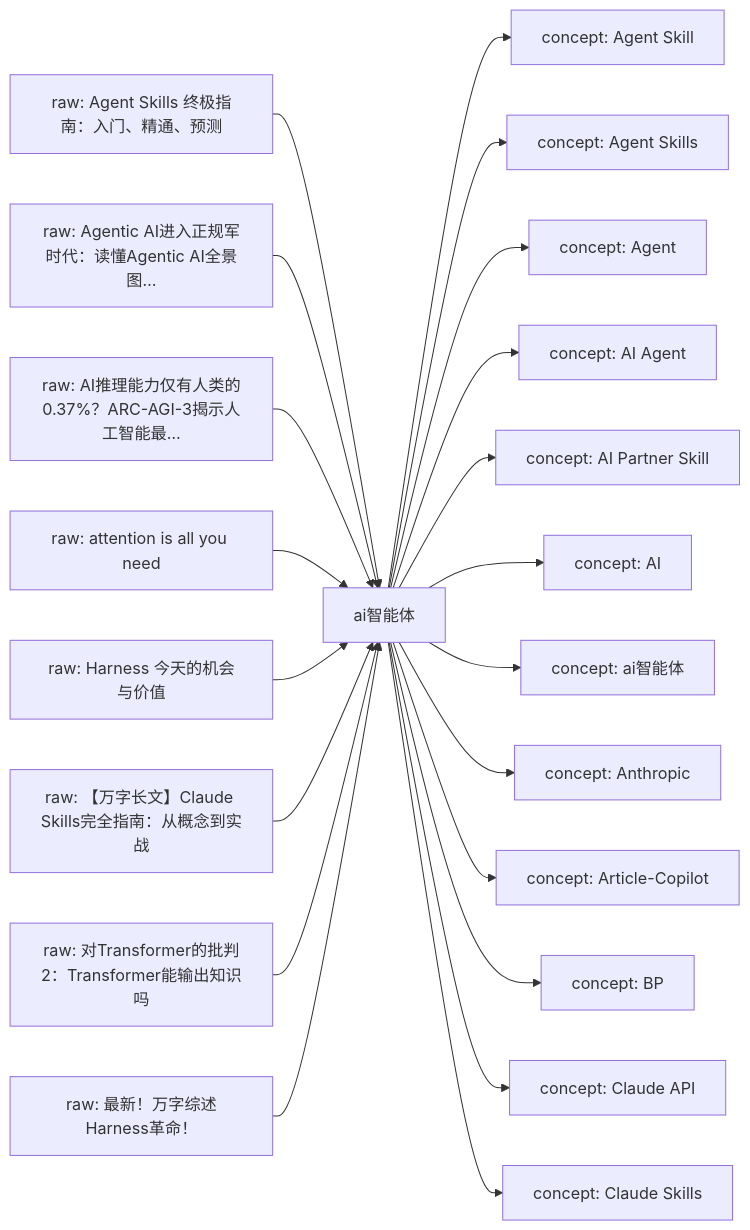
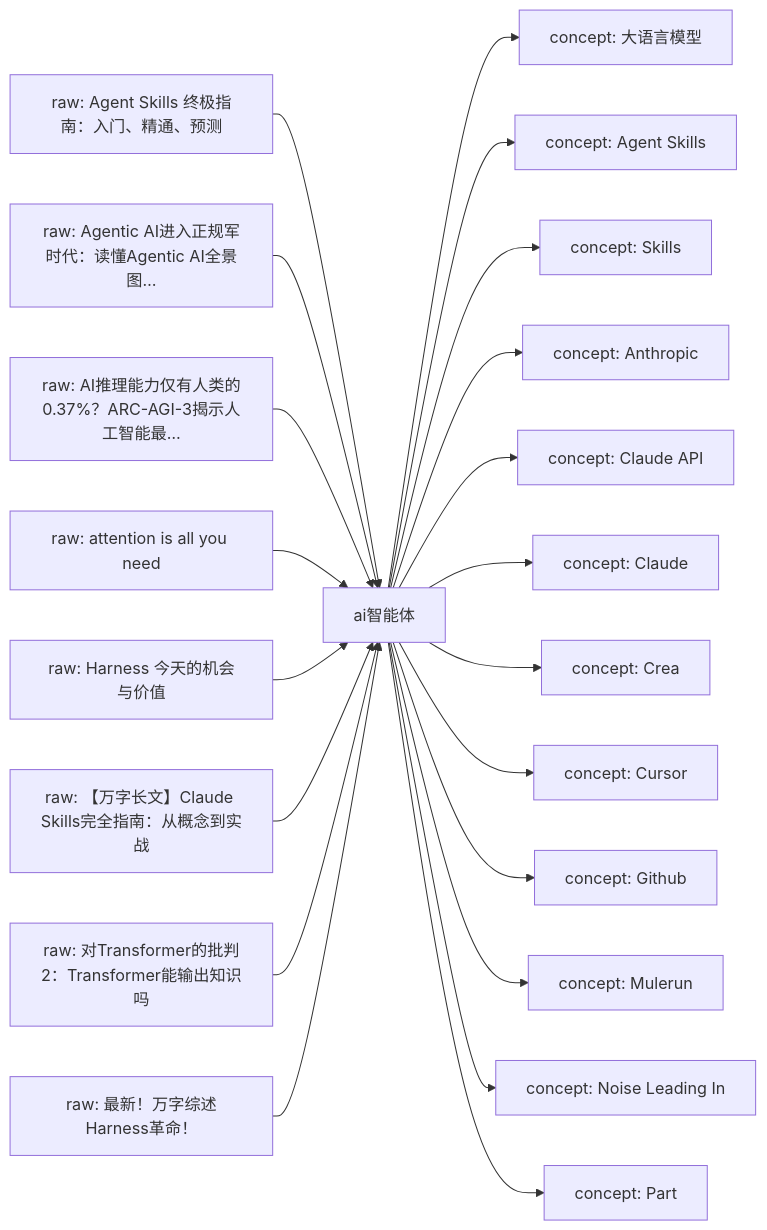
Before and after one commit to mwbel/ResearchManjushri: the first of 2 diagrams in LLM Wiki/wiki/domains/ai智能体.md, drawn with Mermaid. The commit also changed other lines of this file and 172 other files, not shown here.

````diff
--- a/LLM Wiki/wiki/domains/ai智能体.md
+++ b/LLM Wiki/wiki/domains/ai智能体.md
@@ -32,24 +32,24 @@
 ```mermaid
 flowchart LR
     D["ai智能体"]
     R1["raw: Agent Skills 终极指南：入门、精通、预测"] --> D
     R2["raw: Agentic AI进入正规军时代：读懂Agentic AI全景图…"] --> D
     R3["raw: AI推理能力仅有人类的0.37%？ARC-AGI-3揭示人工智能最…"] --> D
     R4["raw: attention is all you need"] --> D
     R5["raw: Harness 今天的机会与价值"] --> D
     R6["raw: 【万字长文】Claude Skills完全指南：从概念到实战"] --> D
     R7["raw: 对Transformer的批判2：Transformer能输出知识吗"] --> D
     R8["raw: 最新！万字综述Harness革命！"] --> D
-    D --> W1["concept: Agent Skill"]
+    D --> W1["concept: 大语言模型"]
     D --> W2["concept: Agent Skills"]
-    D --> W3["concept: Agent"]
-    D --> W4["concept: AI Agent"]
-    D --> W5["concept: AI Partner Skill"]
-    D --> W6["concept: AI"]
-    D --> W7["concept: ai智能体"]
-    D --> W8["concept: Anthropic"]
-    D --> W9["concept: Article-Copilot"]
-    D --> W10["concept: BP"]
-    D --> W11["concept: Claude API"]
-    D --> W12["concept: Claude Skills"]
+    D --> W3["concept: Skills"]
+    D --> W4["concept: Anthropic"]
+    D --> W5["concept: Claude API"]
+    D --> W6["concept: Claude"]
+    D --> W7["concept: Crea"]
+    D --> W8["concept: Cursor"]
+    D --> W9["concept: Github"]
+    D --> W10["concept: Mulerun"]
+    D --> W11["concept: Noise Leading In"]
+    D --> W12["concept: Part"]
 ```
````
